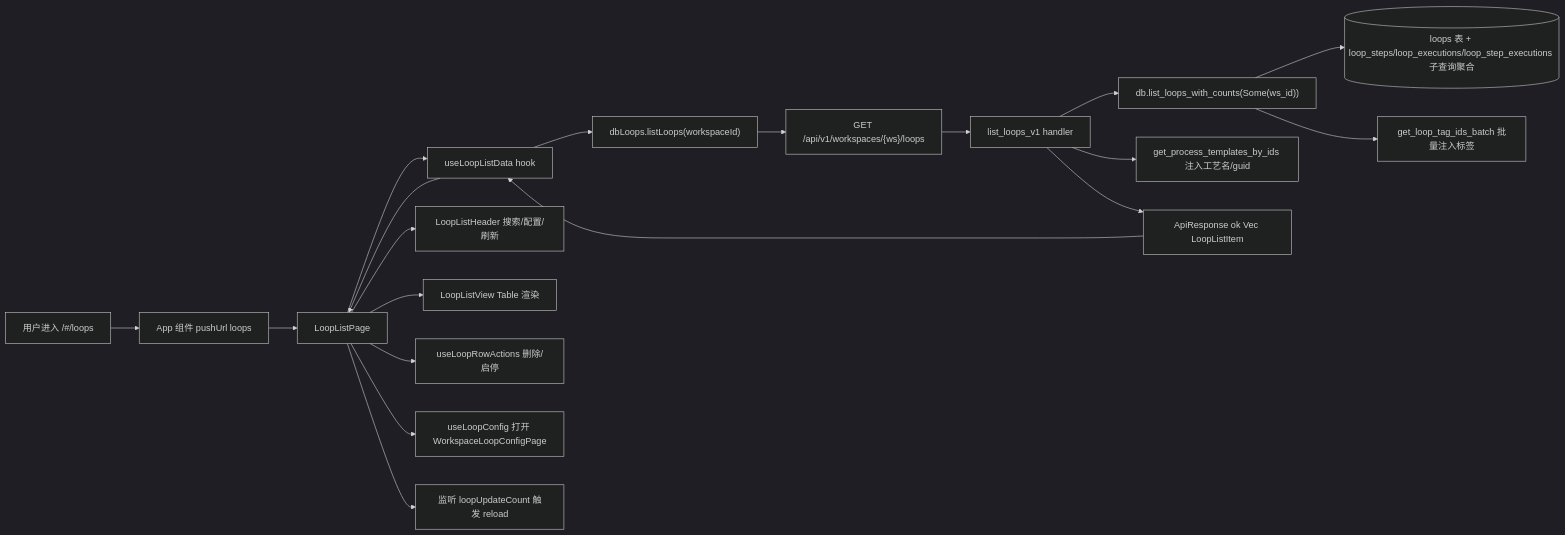
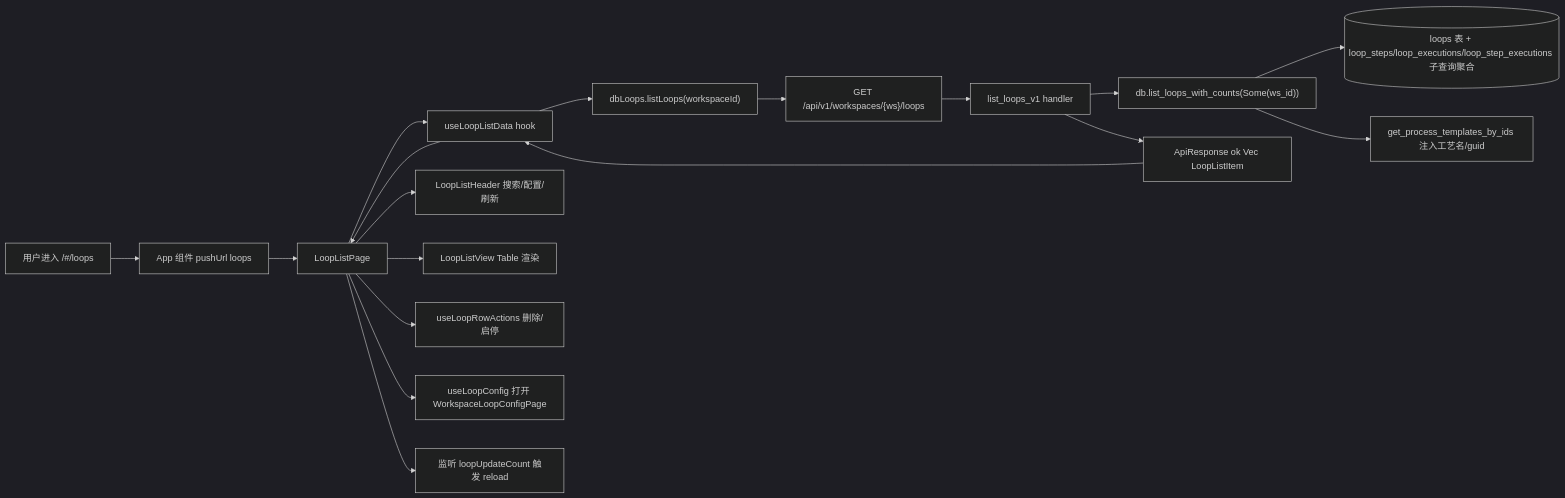
Before and after one commit to weibaohui/ntd: the diagram in frontend/src/help/pages/loops-list.md, drawn with Mermaid (dark theme). The commit also changed 92 other files, not shown here.

````diff
--- a/frontend/src/help/pages/loops-list.md
+++ b/frontend/src/help/pages/loops-list.md
@@ -15,20 +15,19 @@
 ```mermaid
 flowchart LR
   U[用户进入 /#/loops] --> APP[App 组件 pushUrl loops]
   APP --> LLP[LoopListPage]
   LLP --> H[useLoopListData hook]
   H --> DBL["dbLoops.listLoops(workspaceId)"]
   DBL --> API["GET /api/v1/workspaces/{ws}/loops"]
   API --> H1[list_loops_v1 handler]
   H1 --> DAO["db.list_loops_with_counts(Some(ws_id))"]
   DAO --> DB[(loops 表 + loop_steps/loop_executions/loop_step_executions 子查询聚合)]
-  DAO --> H2[get_loop_tag_ids_batch 批量注入标签]
-  H1 --> H3[get_process_templates_by_ids 注入工艺名/guid]
+  DAO --> H2[get_process_templates_by_ids 注入工艺名/guid]
   H1 --> RT[ApiResponse ok Vec LoopListItem]
   RT --> H --> LLP
   LLP --> HDR[LoopListHeader 搜索/配置/刷新]
   LLP --> LV[LoopListView Table 渲染]
   LLP --> RA[useLoopRowActions 删除/启停]
   LLP --> CFG[useLoopConfig 打开 WorkspaceLoopConfigPage]
   LLP --> UP[监听 loopUpdateCount 触发 reload]
 ```
````
